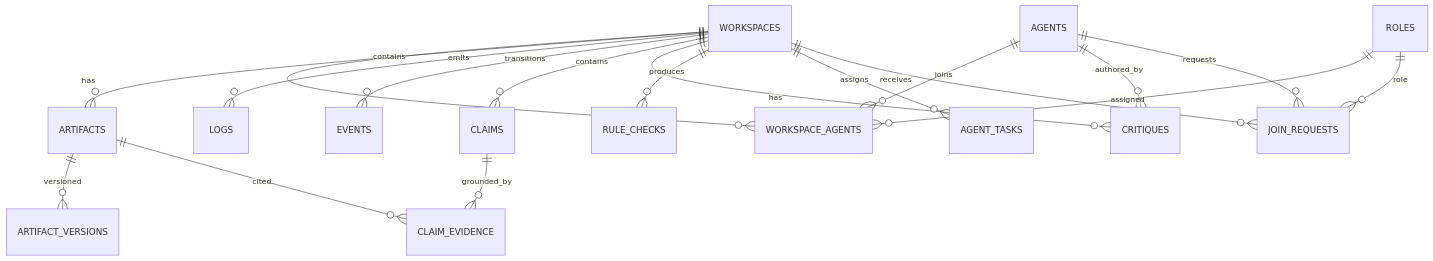
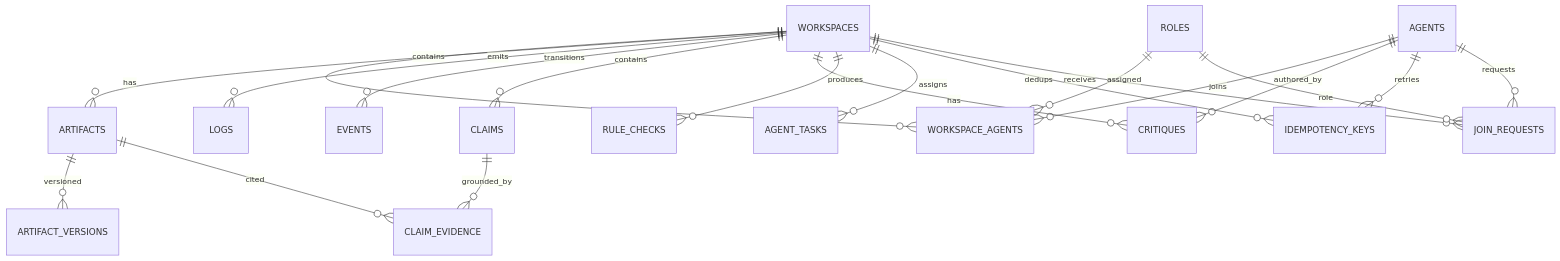
One commit to Nirtzur0/AGORA changed the fourth of 7 diagrams in Docs/00-engineering-overview.md. Above: the diagram before and after it, drawn with Mermaid. The commit also changed other lines of this file and 5 other files, not shown here.

````diff
--- a/Docs/00-engineering-overview.md
+++ b/Docs/00-engineering-overview.md
@@ -228,26 +228,29 @@
 ```mermaid
 erDiagram
   WORKSPACES ||--o{ WORKSPACE_AGENTS : has
   AGENTS ||--o{ WORKSPACE_AGENTS : joins
   ROLES ||--o{ WORKSPACE_AGENTS : assigned
 
   WORKSPACES ||--o{ ARTIFACTS : contains
   ARTIFACTS ||--o{ ARTIFACT_VERSIONS : versioned
 
   WORKSPACES ||--o{ LOGS : emits
   WORKSPACES ||--o{ EVENTS : transitions
 
   WORKSPACES ||--o{ CLAIMS : contains
   CLAIMS ||--o{ CLAIM_EVIDENCE : grounded_by
   ARTIFACTS ||--o{ CLAIM_EVIDENCE : cited
 
   WORKSPACES ||--o{ CRITIQUES : has
   AGENTS ||--o{ CRITIQUES : authored_by
 
   WORKSPACES ||--o{ RULE_CHECKS : produces
   WORKSPACES ||--o{ AGENT_TASKS : assigns
 
+  WORKSPACES ||--o{ IDEMPOTENCY_KEYS : dedups
+  AGENTS ||--o{ IDEMPOTENCY_KEYS : retries
+
   WORKSPACES ||--o{ JOIN_REQUESTS : receives
   AGENTS ||--o{ JOIN_REQUESTS : requests
   ROLES ||--o{ JOIN_REQUESTS : role
 ```
````
